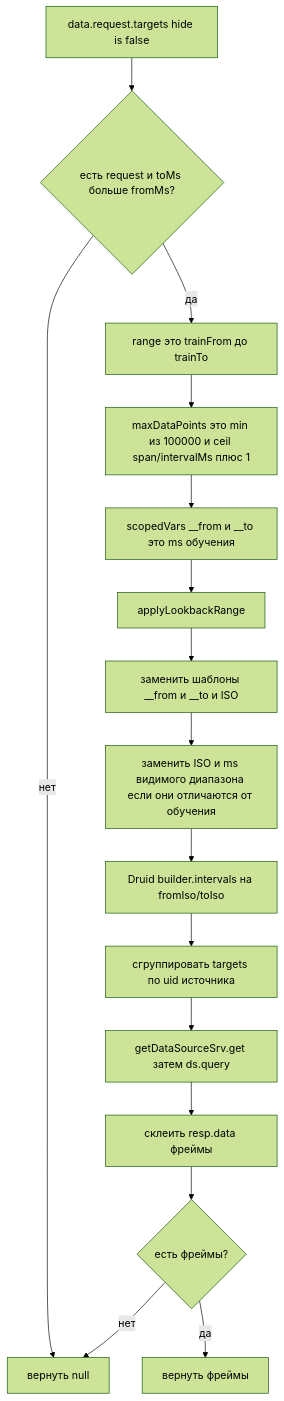
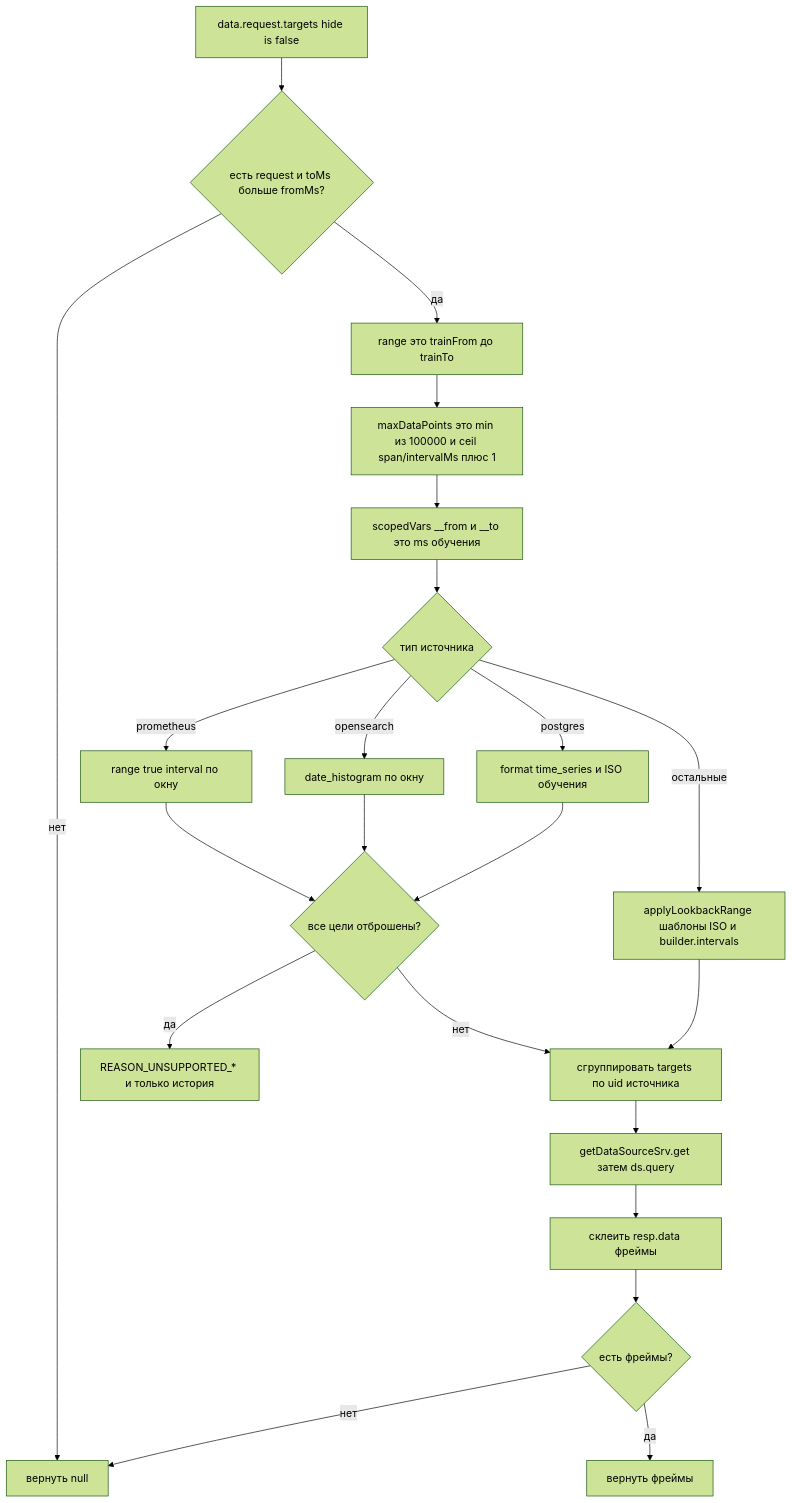
The diagram in diagrams/05-training-query-rewrite.md (eduard-kolotushin/timeseries-grafana), drawn with Mermaid (forest theme) before and after one commit. The commit also changed other lines of this file and 9 other files, not shown here.

````diff
--- a/diagrams/05-training-query-rewrite.md
+++ b/diagrams/05-training-query-rewrite.md
@@ -11,18 +22,24 @@
 ```mermaid
 flowchart TD
   A["data.request.targets hide is false"] --> B{"есть request и toMs больше fromMs?"}
   B -->|нет| N["вернуть null"]
   B -->|да| C["range это trainFrom до trainTo"]
   C --> D["maxDataPoints это min из 100000 и ceil span/intervalMs плюс 1"]
   D --> E["scopedVars __from и __to это ms обучения"]
-  E --> F["applyLookbackRange"]
-  F --> F1["заменить шаблоны __from и __to и ISO"]
-  F1 --> F2["заменить ISO и ms видимого диапазона если они отличаются от обучения"]
-  F2 --> F3["Druid builder.intervals на fromIso/toIso"]
-  F3 --> G["сгруппировать targets по uid источника"]
+  E --> F{"тип источника"}
+  F -->|prometheus| F1["range true interval по окну"]
+  F -->|opensearch| F2["date_histogram по окну"]
+  F -->|postgres| F3["format time_series и ISO обучения"]
+  F -->|"остальные"| F4["applyLookbackRange шаблоны ISO и builder.intervals"]
+  F1 --> Rsn{"все цели отброшены?"}
+  F2 --> Rsn
+  F3 --> Rsn
+  Rsn -->|да| R1["REASON_UNSUPPORTED_* и только история"]
+  Rsn -->|нет| G["сгруппировать targets по uid источника"]
+  F4 --> G
   G --> H["getDataSourceSrv.get затем ds.query"]
   H --> I["склеить resp.data фреймы"]
   I --> J{"есть фреймы?"}
   J -->|нет| N
   J -->|да| K["вернуть фреймы"]
 ```
````
